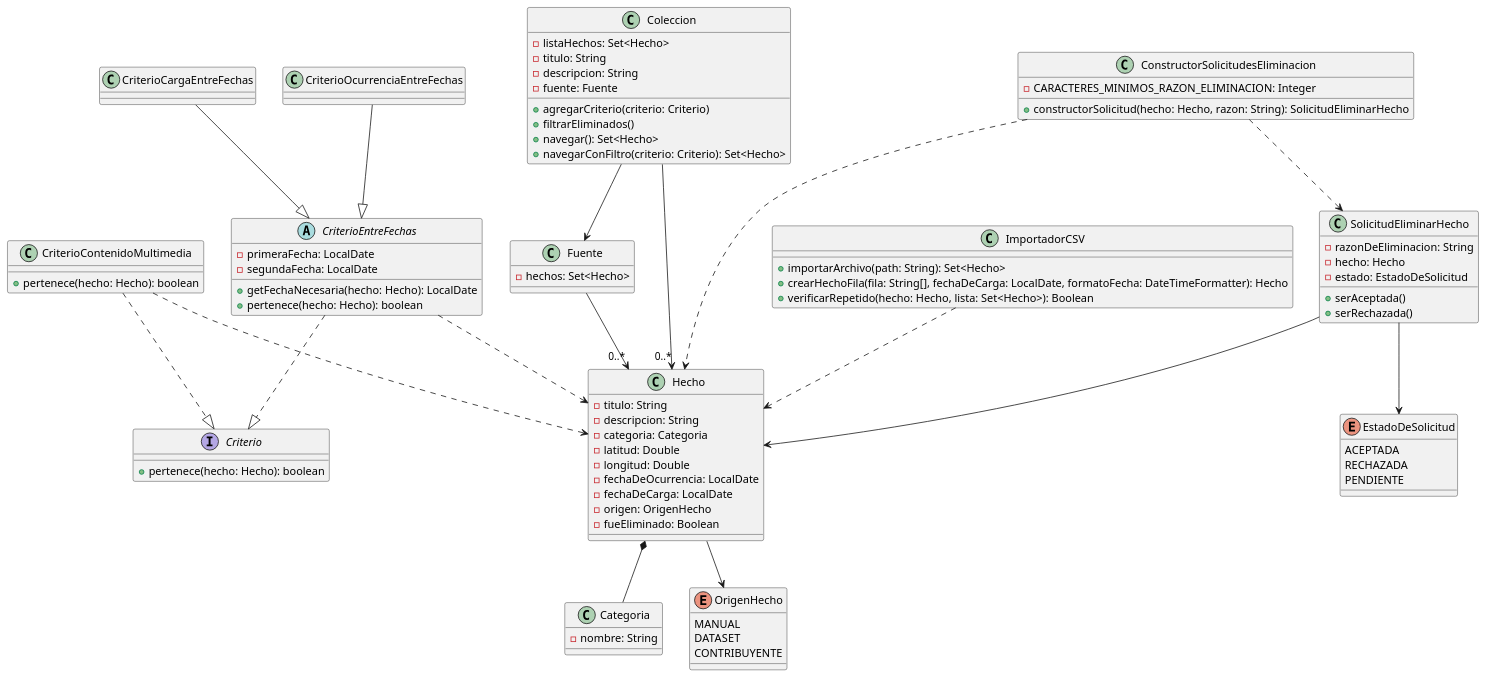
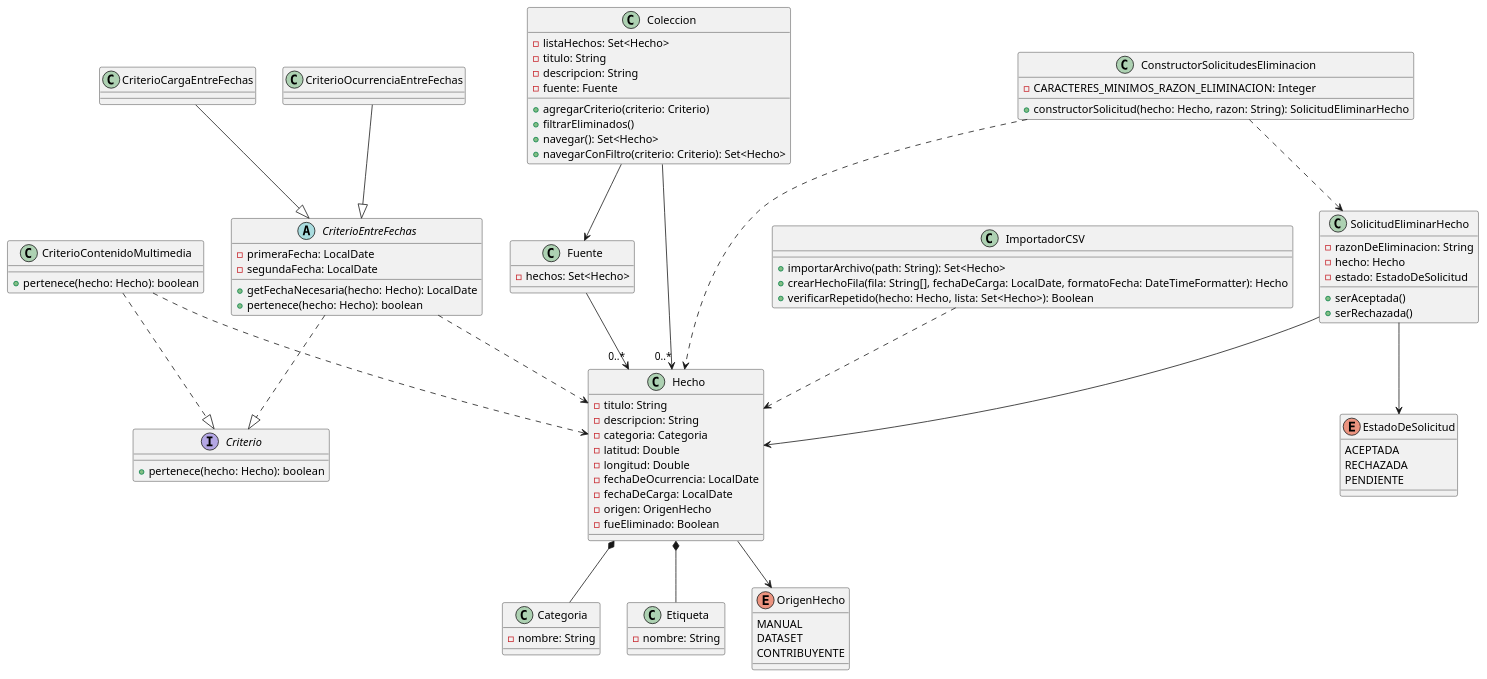
The diagram in diagramas/diagramaClasesNuevo.puml (nicoScatolon/ddsi-tp-2025), drawn with PlantUML before and after one commit. The commit also changed 12 other files, not shown here.

```diff
--- a/diagramas/diagramaClasesNuevo.puml
+++ b/diagramas/diagramaClasesNuevo.puml
@@ -1,126 +1,131 @@
 @startuml
 'https://plantuml.com/class-diagram
 
 
 
 interface Criterio {
     +pertenece(hecho: Hecho): boolean
 }
 
 
 abstract class CriterioEntreFechas {
     -primeraFecha: LocalDate
     -segundaFecha: LocalDate
     +getFechaNecesaria(hecho: Hecho): LocalDate
     +pertenece(hecho: Hecho): boolean
 }
 
 class CriterioCargaEntreFechas {
 
 }
 
 class CriterioOcurrenciaEntreFechas {
 
 }
 
 class CriterioContenidoMultimedia {
     +pertenece(hecho: Hecho): boolean
 }
 
 
 class Hecho {
     -titulo: String
     -descripcion: String
     -categoria: Categoria
     -latitud: Double
     -longitud: Double
     -fechaDeOcurrencia: LocalDate
     -fechaDeCarga: LocalDate
     -origen: OrigenHecho
     -fueEliminado: Boolean
 }
 
 class Categoria {
+    -nombre: String
+}
+
+class Etiqueta {
     -nombre: String
 }
 
 class Coleccion {
     -listaHechos: Set<Hecho>
     -titulo: String
     -descripcion: String
     -fuente: Fuente
     +agregarCriterio(criterio: Criterio)
     +filtrarEliminados()
     +navegar(): Set<Hecho>
     +navegarConFiltro(criterio: Criterio): Set<Hecho>
 }
 
 class Fuente {
     -hechos: Set<Hecho>
 }
 
 enum OrigenHecho {
     MANUAL
     DATASET
     CONTRIBUYENTE
 }
 
 
 class ConstructorSolicitudesEliminacion {
     -CARACTERES_MINIMOS_RAZON_ELIMINACION: Integer
     +constructorSolicitud(hecho: Hecho, razon: String): SolicitudEliminarHecho
 }
 
 class SolicitudEliminarHecho {
     -razonDeEliminacion: String
     -hecho: Hecho
     -estado: EstadoDeSolicitud
     +serAceptada()
     +serRechazada()
 }
 
 enum EstadoDeSolicitud {
     ACEPTADA
     RECHAZADA
     PENDIENTE
 }
 
 
 class ImportadorCSV {
     +importarArchivo(path: String): Set<Hecho>
     +crearHechoFila(fila: String[], fechaDeCarga: LocalDate, formatoFecha: DateTimeFormatter): Hecho
     +verificarRepetido(hecho: Hecho, lista: Set<Hecho>): Boolean
 }
 
 
 '==================== RELACIONES ====================
 
 
 CriterioEntreFechas ..|> Criterio
 CriterioCargaEntreFechas --|> CriterioEntreFechas
 CriterioOcurrenciaEntreFechas --|> CriterioEntreFechas
 CriterioContenidoMultimedia ..|> Criterio
 
 
 Hecho *-- Categoria
+Hecho *-- Etiqueta
 
 
 Coleccion --> Fuente
 Coleccion --> "0..*" Hecho
 
 Fuente --> "0..*" Hecho
 
 SolicitudEliminarHecho --> Hecho
 SolicitudEliminarHecho --> EstadoDeSolicitud
 
 Hecho --> OrigenHecho
 
 CriterioEntreFechas ..> Hecho
 CriterioContenidoMultimedia ..> Hecho
 ImportadorCSV ..> Hecho
 
 
 ConstructorSolicitudesEliminacion ..> SolicitudEliminarHecho
 ConstructorSolicitudesEliminacion ..> Hecho
 
 @enduml
```
